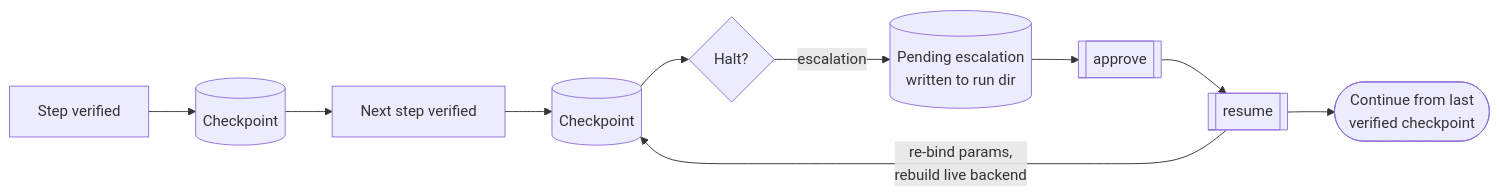
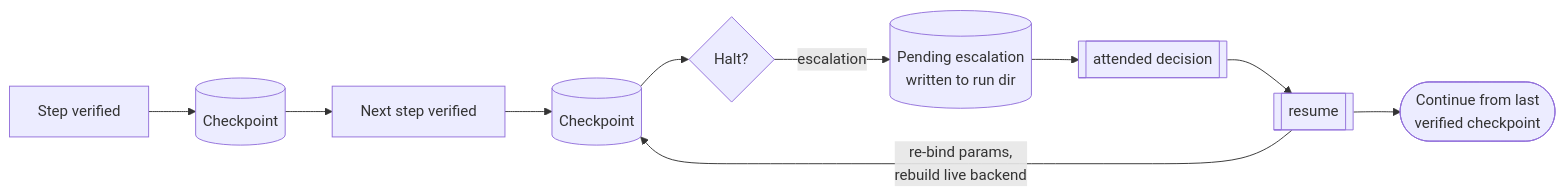
Before and after one commit to OpenAdaptAI/openadapt-ops: the diagram in docs/concepts/durable-runtime.md, drawn with Mermaid. The commit also changed other lines of this file and 2 other files, not shown here.

Commit message:
docs: describe Flow 1.26 attended decisions

````diff
--- a/docs/concepts/durable-runtime.md
+++ b/docs/concepts/durable-runtime.md
@@ -43,11 +44,11 @@
 ```mermaid
 flowchart LR
     A[Step verified] --> C[(Checkpoint)]
     C --> B[Next step verified] --> C2[(Checkpoint)]
     C2 --> H{Halt?}
     H -->|escalation| P[(Pending escalation<br/>written to run dir)]
-    P --> AP[[approve]]
+    P --> AP[[attended decision]]
     AP --> RS[[resume]]
     RS -->|re-bind params,<br/>rebuild live backend| C2
     RS --> DONE([Continue from last<br/>verified checkpoint])
 ```
````
